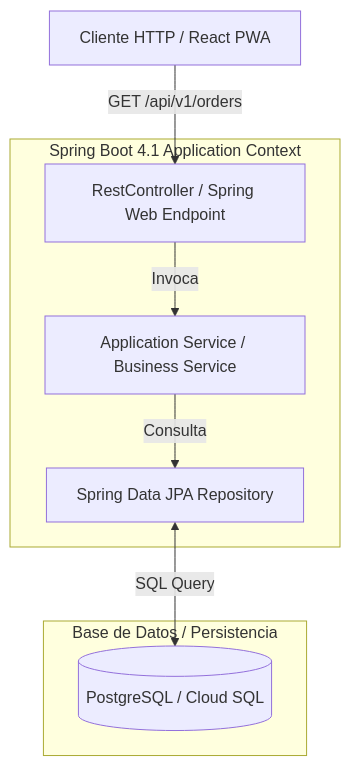
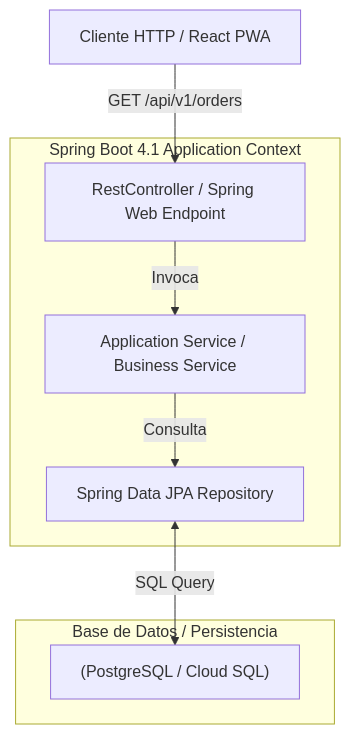
The diagram in docs/formacion_ecosistema/modulo_1_backend_java_spring/03_spring_boot4_fundamentos_arquitectura.md (jaruiz78/ecosistema-multiproyectos), drawn with Mermaid before and after one commit. The commit also changed 57 other files, not shown here.

First line of the commit message:
feat(validation,hooks): implementar Syntax Validator y Linter determinista para Mermaid, KaTeX y Markdown

````diff
--- a/docs/formacion_ecosistema/modulo_1_backend_java_spring/03_spring_boot4_fundamentos_arquitectura.md
+++ b/docs/formacion_ecosistema/modulo_1_backend_java_spring/03_spring_boot4_fundamentos_arquitectura.md
@@ -16,17 +16,17 @@
 ```mermaid
 graph TD
     subgraph Spring Boot 4.1 Application Context
-        CTRL[RestController / Spring Web Endpoint]
-        SVC[Application Service / Business Service]
+        CTRL["RestController / Spring Web Endpoint"]
+        SVC["Application Service / Business Service"]
         REPO[Spring Data JPA Repository]
     end
 
     subgraph Base de Datos / Persistencia
-        DB[(PostgreSQL / Cloud SQL)]
+        DB["(PostgreSQL / Cloud SQL)"]
     end
 
-    CLIENT[Cliente HTTP / React PWA] -->|GET /api/v1/orders| CTRL
+    CLIENT["Cliente HTTP / React PWA"] -->|GET /api/v1/orders| CTRL
     CTRL -->|Invoca| SVC
     SVC -->|Consulta| REPO
     REPO <-->|SQL Query| DB
 ```
````
